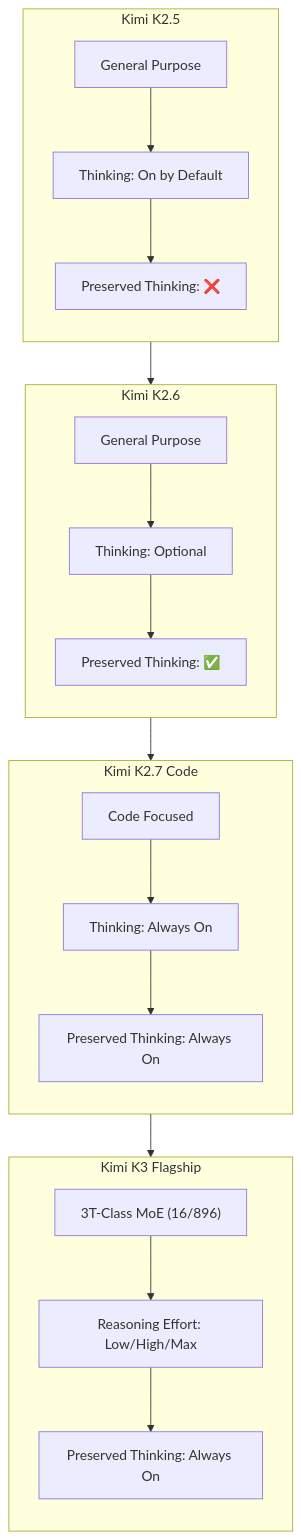
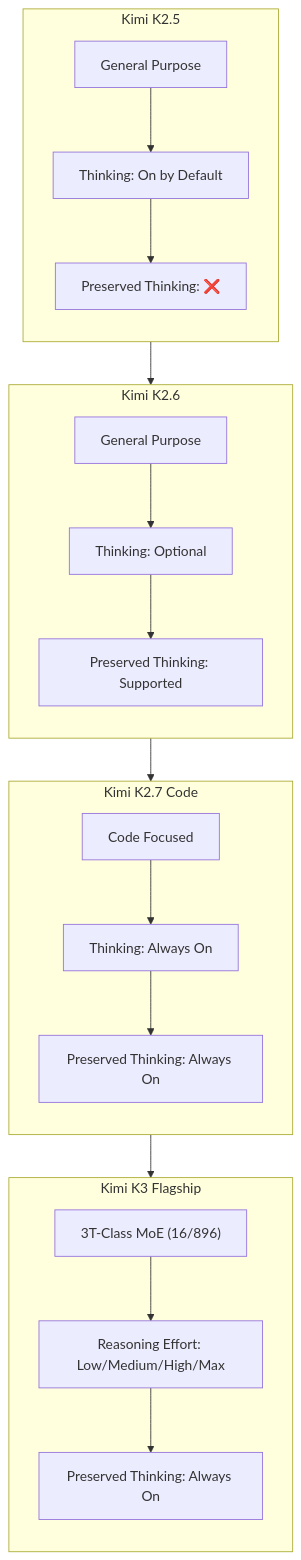
The first of 2 diagrams in contents/blog/0062-moonshot-ai-kimi-k3-thinking-models/index.md (narenandu/narenvadapalli_dot_com), drawn with Mermaid before and after one commit. The commit also changed other lines of this file, not shown here.

````diff
--- a/contents/blog/0062-moonshot-ai-kimi-k3-thinking-models/index.md
+++ b/contents/blog/0062-moonshot-ai-kimi-k3-thinking-models/index.md
@@ -32,24 +37,24 @@
 ```mermaid
 flowchart TD
     subgraph K25["Kimi K2.5"]
         direction TB
         A1["General Purpose"] --> A2["Thinking: On by Default"]
         A2 --> A3["Preserved Thinking: ❌"]
     end
     subgraph K26["Kimi K2.6"]
         direction TB
         B1["General Purpose"] --> B2["Thinking: Optional"]
-        B2 --> B3["Preserved Thinking: ✅"]
+        B2 --> B3["Preserved Thinking: Supported"]
     end
     subgraph K27["Kimi K2.7 Code"]
         direction TB
         C1["Code Focused"] --> C2["Thinking: Always On"]
         C2 --> C3["Preserved Thinking: Always On"]
     end
     subgraph K3["Kimi K3 Flagship"]
         direction TB
-        D1["3T-Class MoE (16/896)"] --> D2["Reasoning Effort: Low/High/Max"]
+        D1["3T-Class MoE (16/896)"] --> D2["Reasoning Effort: Low/Medium/High/Max"]
         D2 --> D3["Preserved Thinking: Always On"]
     end
     K25 --> K26 --> K27 --> K3
 ```
````
